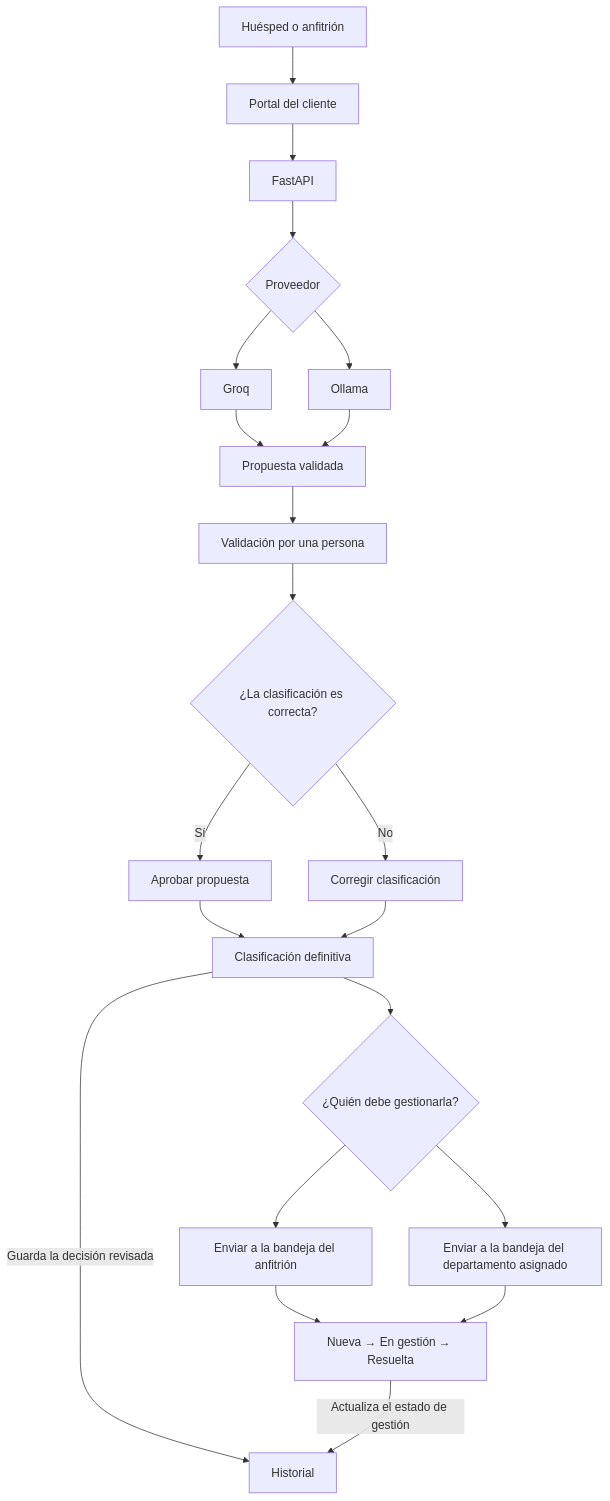
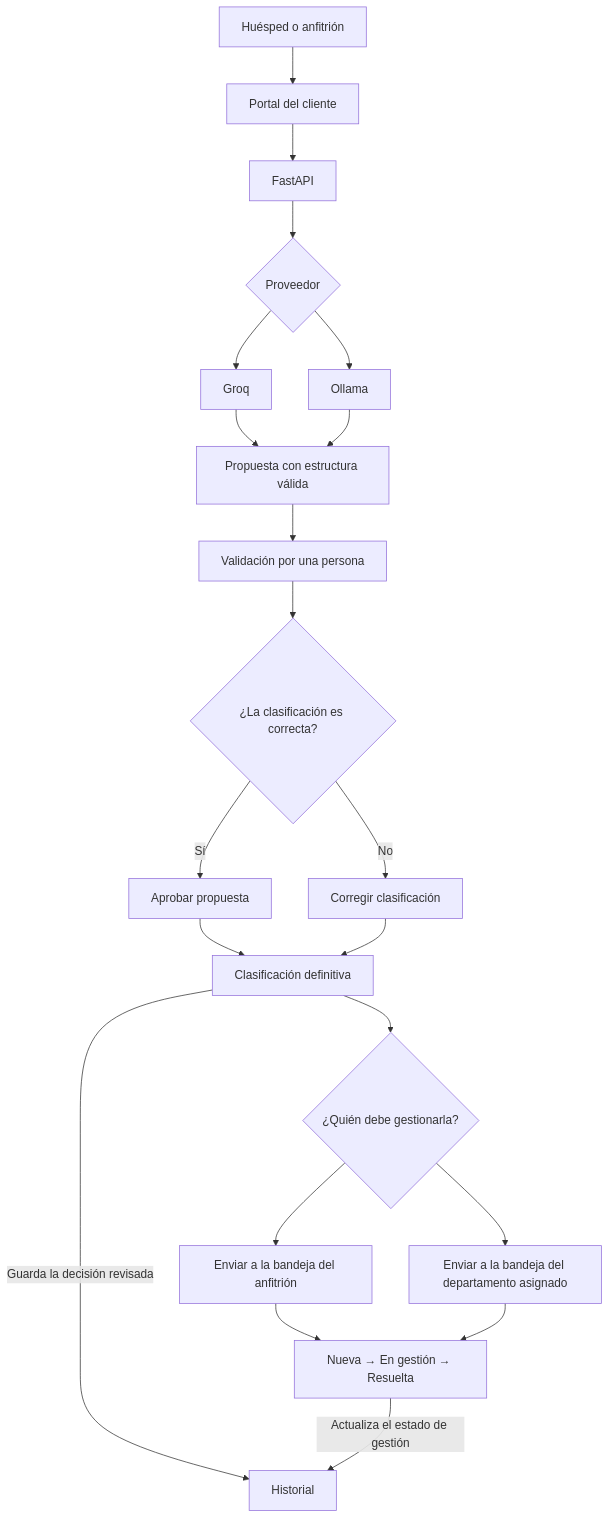
The diagram in README.md (Gema-Villanueva/PRIO), drawn with Mermaid before and after one commit.

Commit message:
docs: distinguish schema validation from human review

````diff
--- a/README.md
+++ b/README.md
@@ -53,23 +53,23 @@
 ```mermaid
 flowchart TD
     A[Huésped o anfitrión] --> B[Portal del cliente]
     B --> C[FastAPI]
     C --> D{Proveedor}
     D --> E[Groq]
     D --> F[Ollama]
-    E --> G[Propuesta validada]
+    E --> G[Propuesta con estructura válida]
     F --> G
     G --> H[Validación por una persona]
     H --> I{¿La clasificación es correcta?}
     I -->|Sí| N[Aprobar propuesta]
     I -->|No| O[Corregir clasificación]
     N --> P[Clasificación definitiva]
     O --> P
     P --> Q{¿Quién debe gestionarla?}
     Q --> J[Enviar a la bandeja del anfitrión]
     Q --> K[Enviar a la bandeja del departamento asignado]
     J --> L[Nueva → En gestión → Resuelta]
     K --> L
     P -->|Guarda la decisión revisada| M[Historial]
     L -->|Actualiza el estado de gestión| M
 ```
````
